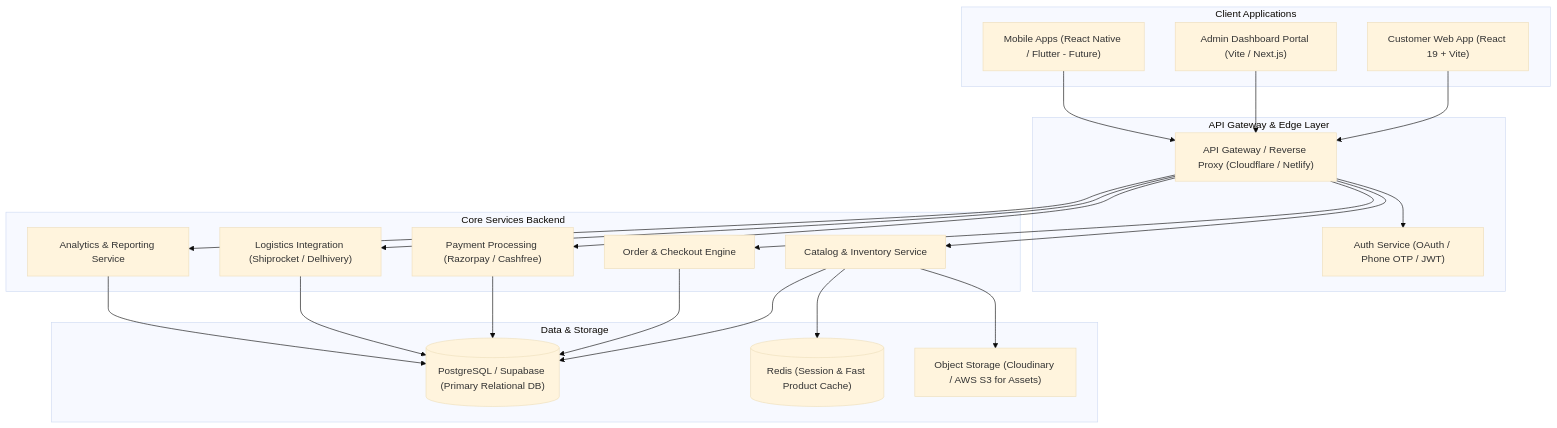
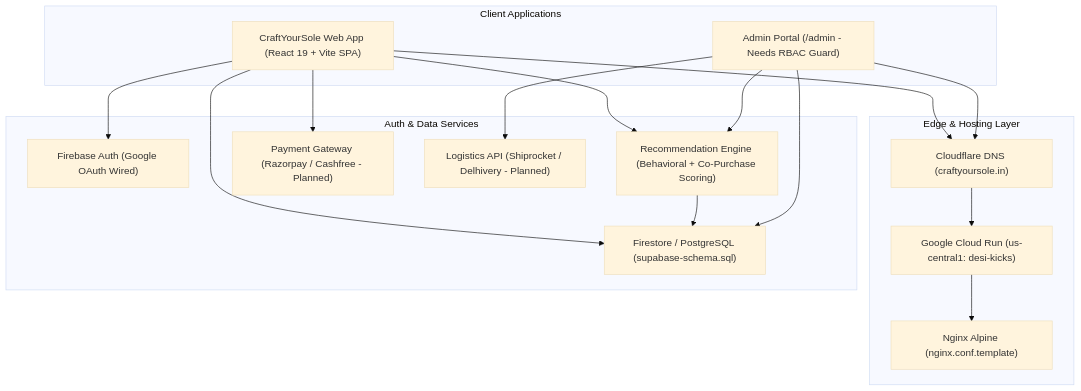
Before and after one commit to Daksh1685/Desi-Kicks: the diagram in ROADMAP.md, drawn with Mermaid (base theme). The commit also changed other lines of this file, not shown here.

Commit message:
docs: rebrand roadmap from Desi-Kicks to CraftYourSole and update progress trackers

````diff
--- a/ROADMAP.md
+++ b/ROADMAP.md
@@ -21,44 +21,32 @@
 ```mermaid
 graph TD
     subgraph Client Applications
-        C1["Customer Web App (React 19 + Vite)"]
-        C2["Admin Dashboard Portal (Vite / Next.js)"]
-        C3["Mobile Apps (React Native / Flutter - Future)"]
+        C1["CraftYourSole Web App (React 19 + Vite SPA)"]
+        C2["Admin Portal (/admin - Needs RBAC Guard)"]
     end
 
-    subgraph API Gateway & Edge Layer
-        GW["API Gateway / Reverse Proxy (Cloudflare / Netlify)"]
-        AUTH["Auth Service (OAuth / Phone OTP / JWT)"]
+    subgraph Edge & Hosting Layer
+        CF["Cloudflare DNS (craftyoursole.in)"]
+        CR["Google Cloud Run (us-central1: desi-kicks)"]
+        NG["Nginx Alpine (nginx.conf.template)"]
     end
 
-    subgraph Core Services Backend
-        S_PROD["Catalog & Inventory Service"]
-        S_ORDER["Order & Checkout Engine"]
-        S_PAY["Payment Processing (Razorpay / Cashfree)"]
-        S_SHIP["Logistics Integration (Shiprocket / Delhivery)"]
-        S_ANALYTICS["Analytics & Reporting Service"]
+    subgraph Auth & Data Services
+        FA["Firebase Auth (Google OAuth Wired)"]
+        DB["Firestore / PostgreSQL (supabase-schema.sql)"]
+        REC["Recommendation Engine (Behavioral + Co-Purchase Scoring)"]
+        PAY["Payment Gateway (Razorpay / Cashfree - Planned)"]
+        SHIP["Logistics API (Shiprocket / Delhivery - Planned)"]
     end
 
-    subgraph Data & Storage
-        DB[("PostgreSQL / Supabase (Primary Relational DB)")]
-        CACHE[("Redis (Session & Fast Product Cache)")]
-        S3["Object Storage (Cloudinary / AWS S3 for Assets)"]
-    end
-
-    C1 --> GW
-    C2 --> GW
-    C3 --> GW
-    GW --> AUTH
-    GW --> S_PROD
-    GW --> S_ORDER
-    GW --> S_PAY
-    GW --> S_SHIP
-    GW --> S_ANALYTICS
-    S_PROD --> DB
-    S_ORDER --> DB
-    S_PAY --> DB
-    S_SHIP --> DB
-    S_ANALYTICS --> DB
-    S_PROD --> CACHE
-    S_PROD --> S3
+    C1 --> CF --> CR --> NG
+    C2 --> CF
+    C1 --> FA
+    C1 --> DB
+    C1 --> REC
+    C1 --> PAY
+    REC --> DB
+    C2 --> DB
+    C2 --> REC
+    C2 --> SHIP
 ```
````
